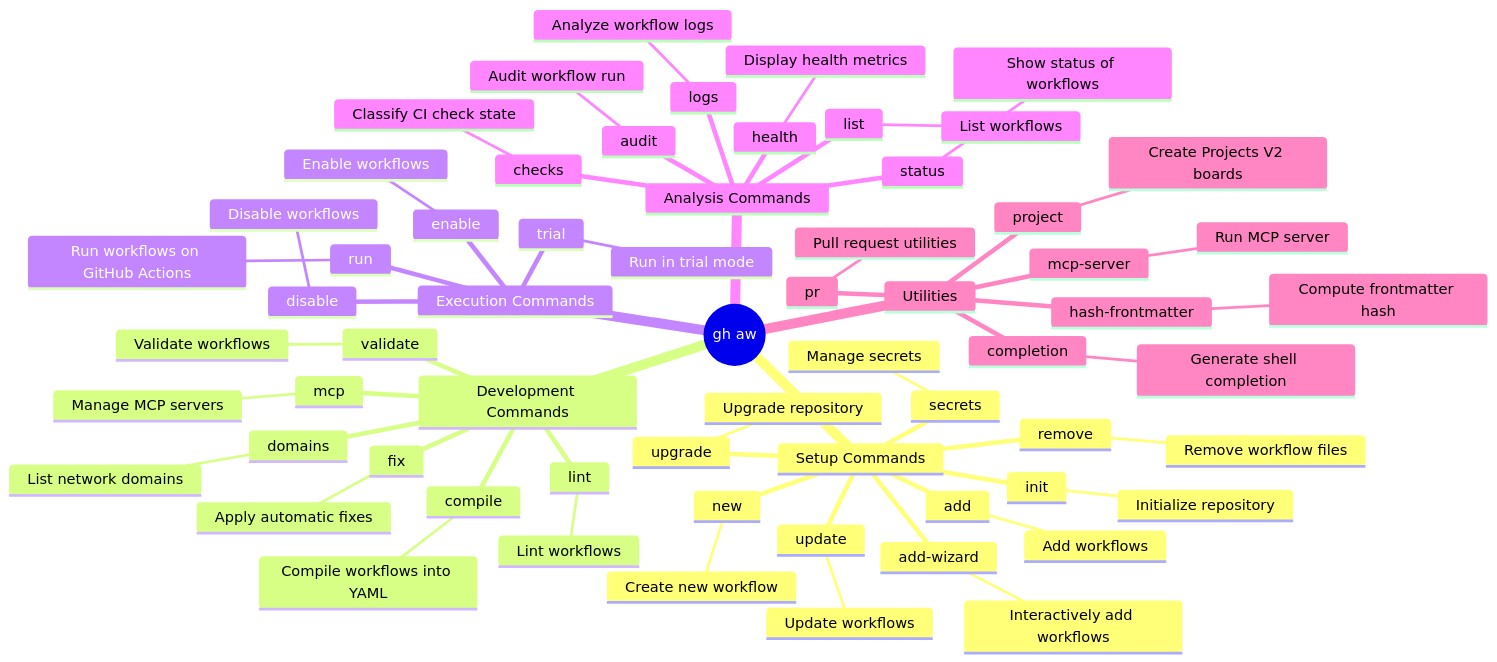
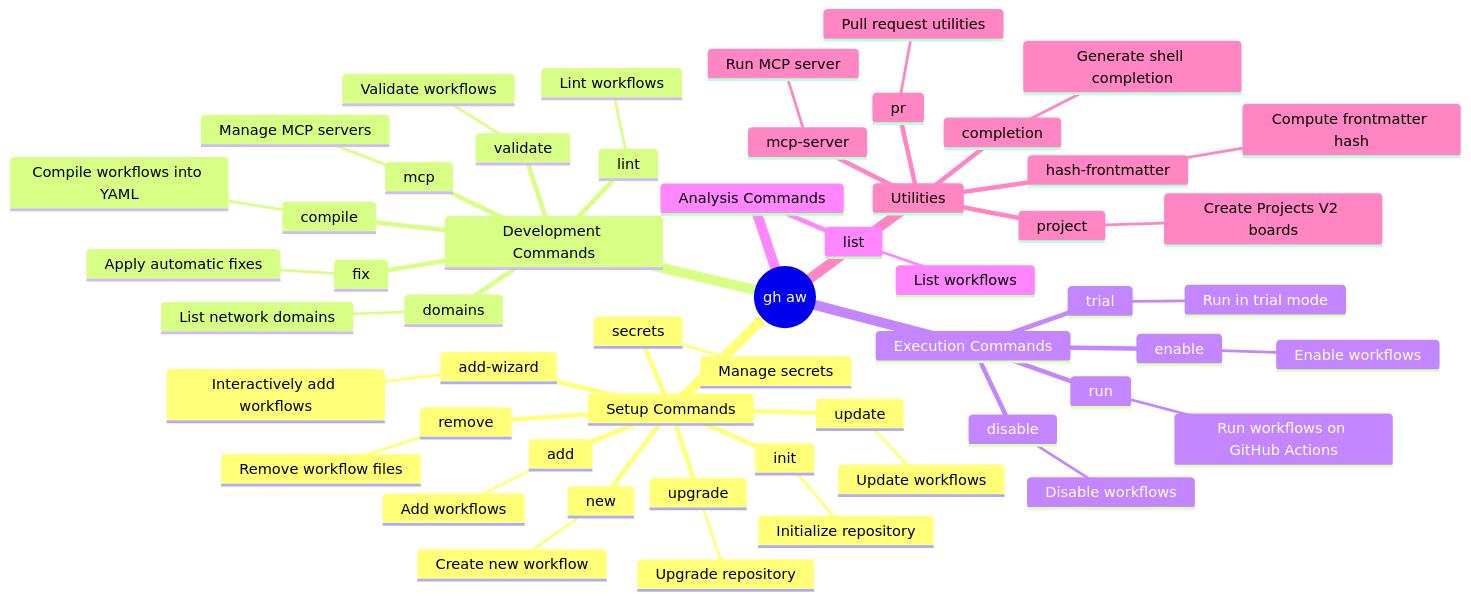
One commit to Cogni-AI-OU/cogni-ai-agentic-collections changed the diagram in gh-aw/SKILL.md. Above: the diagram before and after it, drawn with Mermaid. The commit also changed other lines of this file and 1 other file, not shown here.

````diff
--- a/gh-aw/SKILL.md
+++ b/gh-aw/SKILL.md
@@ -34,67 +34,57 @@
 ```mermaid
 mindmap
   root((gh aw))
     Setup Commands
       add
         Add workflows
       add-wizard
         Interactively add workflows
       init
         Initialize repository
       new
         Create new workflow
       remove
         Remove workflow files
       secrets
         Manage secrets
       update
         Update workflows
       upgrade
         Upgrade repository
     Development Commands
       compile
         Compile workflows into YAML
       domains
         List network domains
       fix
         Apply automatic fixes
       lint
         Lint workflows
       mcp
         Manage MCP servers
       validate
         Validate workflows
     Execution Commands
       disable
         Disable workflows
       enable
         Enable workflows
       run
         Run workflows on GitHub Actions
       trial
         Run in trial mode
     Analysis Commands
-      audit
-        Audit workflow run
-      checks
-        Classify CI check state
-      health
-        Display health metrics
       list
         List workflows
-      logs
-        Analyze workflow logs
-      status
-        Show status of workflows
     Utilities
       completion
         Generate shell completion
       hash-frontmatter
         Compute frontmatter hash
       mcp-server
         Run MCP server
       pr
         Pull request utilities
       project
         Create Projects V2 boards
 ```
````
